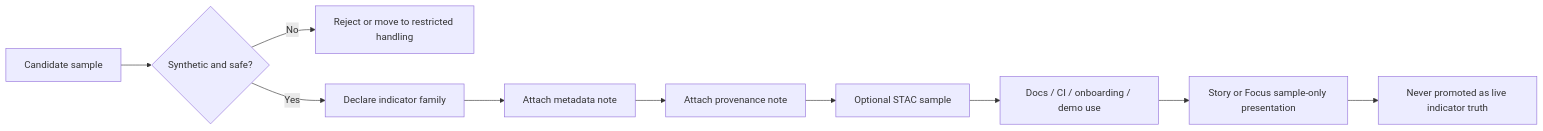
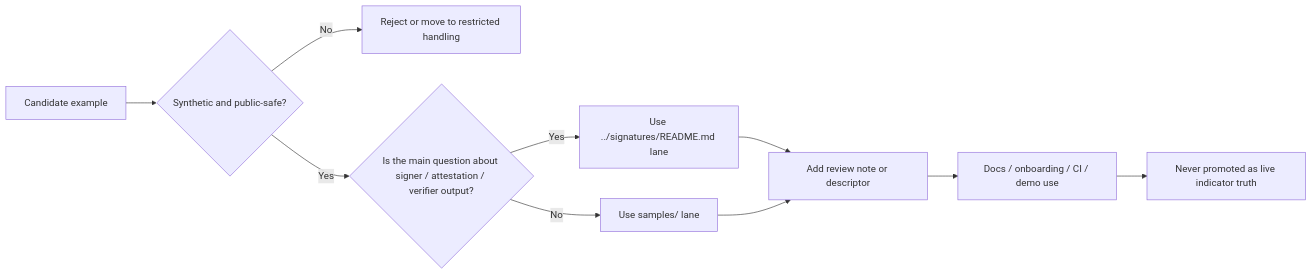
Before and after one commit to bartytime4life/Kansas-Frontier-Matrix: the diagram in docs/security/supply-chain/shai-hulud-2.0/indicators/samples/README.md, drawn with Mermaid. The commit also changed other lines of this file, not shown here.

First line of the commit message:
Revise README for Shai-Hulud 2.0 indicator samples

````diff
--- a/docs/security/supply-chain/shai-hulud-2.0/indicators/samples/README.md
+++ b/docs/security/supply-chain/shai-hulud-2.0/indicators/samples/README.md
@@ -284,12 +283,12 @@
 ```mermaid
 flowchart LR
-    A[Candidate sample] --> B{Synthetic and safe?}
+    A[Candidate example] --> B{Synthetic and public-safe?}
     B -- No --> X[Reject or move to restricted handling]
-    B -- Yes --> C[Declare indicator family]
-    C --> D[Attach metadata note]
-    D --> E[Attach provenance note]
-    E --> F[Optional STAC sample]
-    F --> G[Docs / CI / onboarding / demo use]
-    G --> H[Story or Focus sample-only presentation]
-    H --> I[Never promoted as live indicator truth]
+    B -- Yes --> C{Is the main question about signer / attestation / verifier output?}
+    C -- Yes --> D[Use ../signatures/README.md lane]
+    C -- No --> E[Use samples/ lane]
+    D --> F[Add review note or descriptor]
+    E --> F
+    F --> G[Docs / onboarding / CI / demo use]
+    G --> H[Never promoted as live indicator truth]
 ```
````
